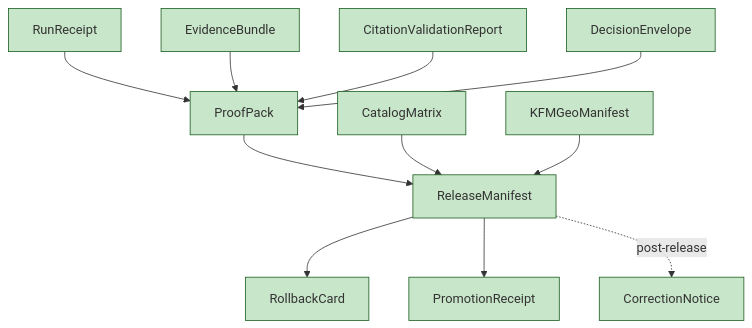
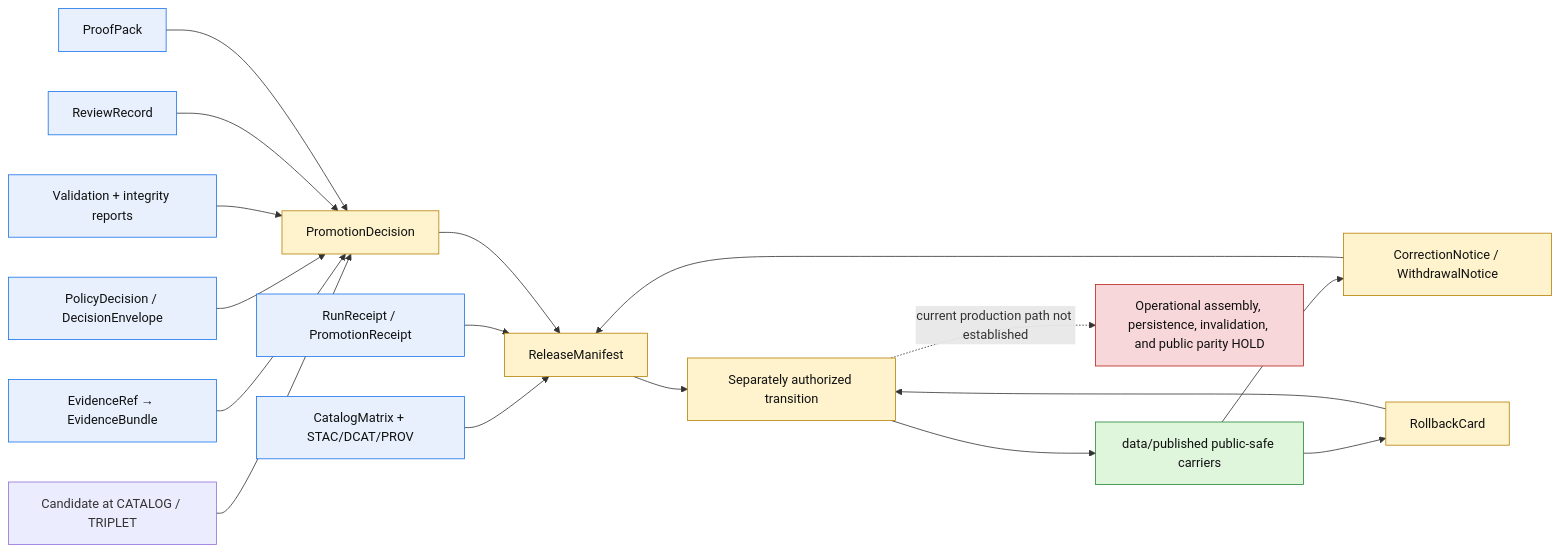
One commit to bartytime4life/Kansas-Frontier-Matrix changed the diagram in docs/architecture/publication/release-objects.md. Above: the diagram before and after it, drawn with Mermaid. The commit also changed other lines of this file, not shown here.

Commit message:
docs(publication): ground release object boundaries

````diff
--- a/docs/architecture/publication/release-objects.md
+++ b/docs/architecture/publication/release-objects.md
@@ -99,26 +218,40 @@
 ```mermaid
-flowchart TB
-  classDef o fill:#c8e6c9,stroke:#1b5e20;
-  RM["ReleaseManifest"]:::o
-  RC["RollbackCard"]:::o
-  PR["PromotionReceipt"]:::o
-  PP["ProofPack"]:::o
-  EB["EvidenceBundle"]:::o
-  RR["RunReceipt"]:::o
-  CVR["CitationValidationReport"]:::o
-  CN["CorrectionNotice"]:::o
-  CM["CatalogMatrix"]:::o
-  DE["DecisionEnvelope"]:::o
-  GM["KFMGeoManifest"]:::o
+flowchart LR
+  classDef support fill:#e8f0fe,stroke:#1a73e8,color:#111;
+  classDef decision fill:#fff3cd,stroke:#b58105,color:#111;
+  classDef public fill:#dff6dd,stroke:#238636,color:#111;
+  classDef hold fill:#f8d7da,stroke:#b42318,color:#111;
 
-  RR --> PP
-  EB --> PP
-  CVR --> PP
-  DE --> PP
-  PP --> RM
+  C["Candidate at CATALOG / TRIPLET"]
+  E["EvidenceRef → EvidenceBundle"]:::support
+  P["PolicyDecision / DecisionEnvelope"]:::support
+  V["Validation + integrity reports"]:::support
+  R["ReviewRecord"]:::support
+  PP["ProofPack"]:::support
+  CM["CatalogMatrix + STAC/DCAT/PROV"]:::support
+  RR["RunReceipt / PromotionReceipt"]:::support
+  PD["PromotionDecision"]:::decision
+  RM["ReleaseManifest"]:::decision
+  X["Separately authorized transition"]:::decision
+  PUB["data/published public-safe carriers"]:::public
+  CN["CorrectionNotice / WithdrawalNotice"]:::decision
+  RC["RollbackCard"]:::decision
+  OP["Operational assembly, persistence, invalidation, and public parity HOLD"]:::hold
+
+  C --> PD
+  E --> PD
+  P --> PD
+  V --> PD
+  R --> PD
+  PP --> PD
   CM --> RM
-  GM --> RM
-  RM --> RC
-  RM --> PR
-  RM -. post-release .-> CN
+  RR --> RM
+  PD --> RM
+  RM --> X
+  X --> PUB
+  PUB --> CN
+  PUB --> RC
+  CN --> RM
+  RC --> X
+  X -. current production path not established .-> OP
 ```
````
